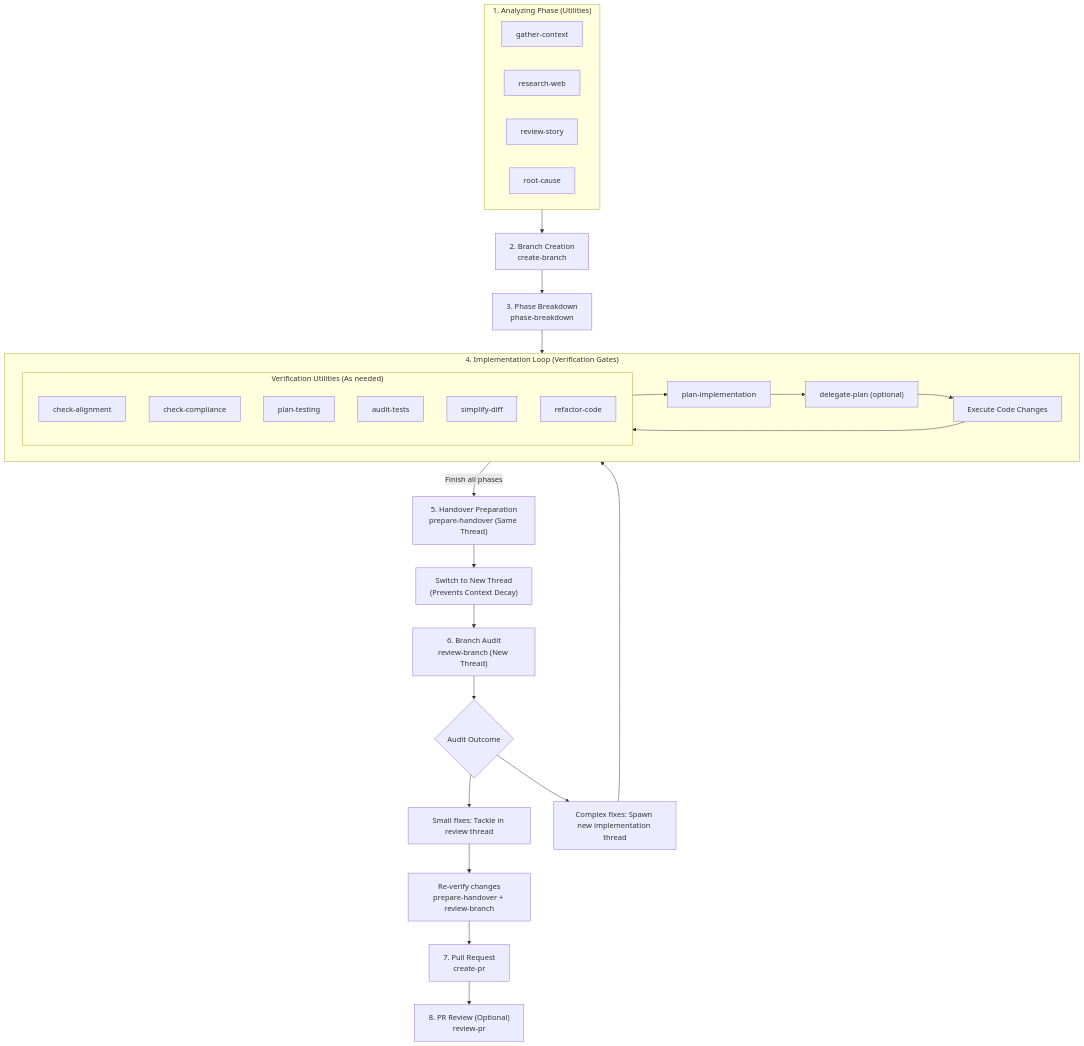
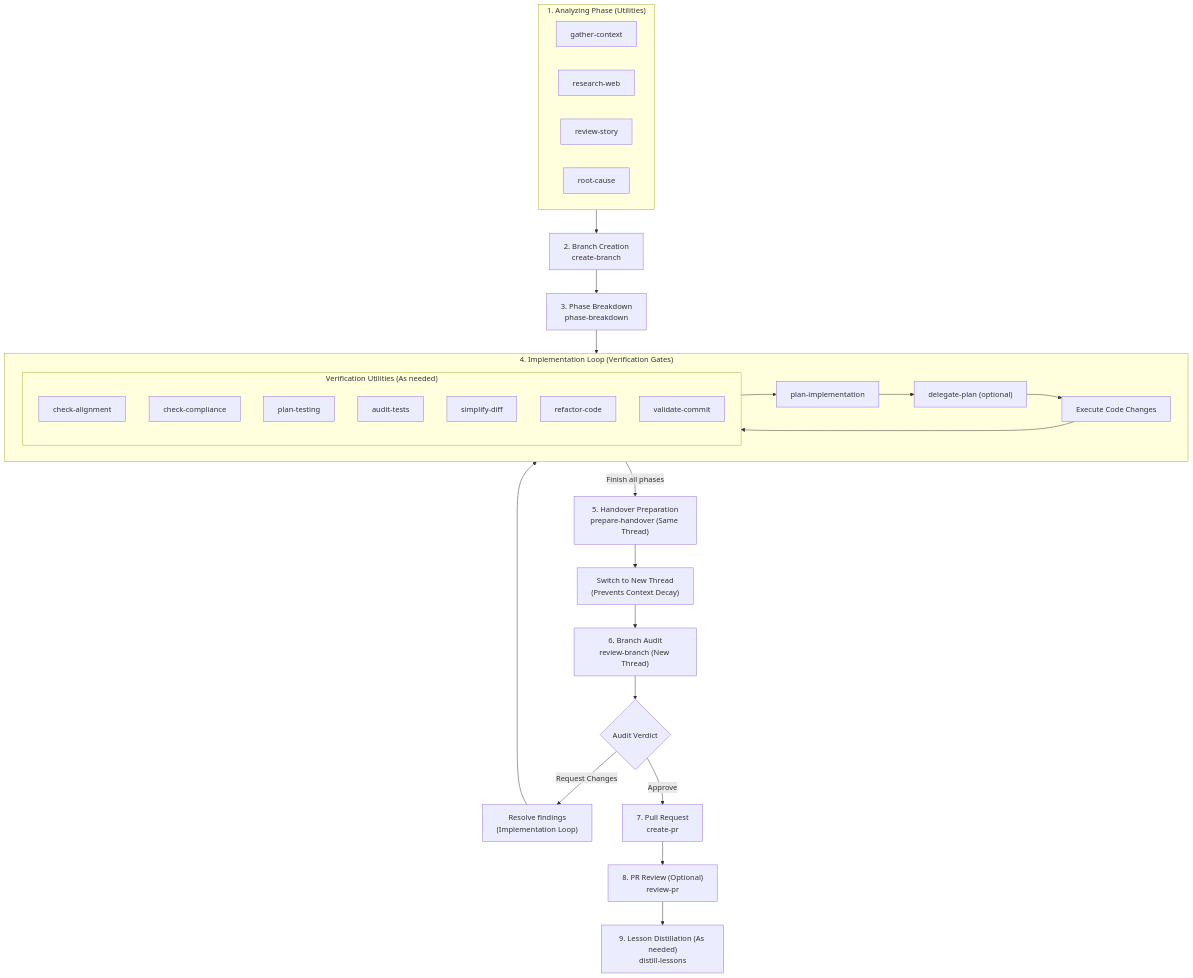
The diagram in LIFECYCLE.md (jrobertogarcia/agent-workflows), drawn with Mermaid before and after one commit. The commit also changed other lines of this file and 8 other files, not shown here.

````diff
--- a/LIFECYCLE.md
+++ b/LIFECYCLE.md
@@ -13,65 +13,64 @@
 ```mermaid
 graph TD
     %% Analyzing Phase
     subgraph Analyzing ["1. Analyzing Phase (Utilities)"]
         GC["gather-context"]
         RW["research-web"]
         RS["review-story"]
         RC["root-cause"]
     end
 
     %% Branch & Plan Phase
     CB["2. Branch Creation<br>create-branch"]
     PB["3. Phase Breakdown<br>phase-breakdown"]
     
     subgraph Loop ["4. Implementation Loop (Verification Gates)"]
         PI["plan-implementation"]
         DP["delegate-plan (optional)"]
         Code["Execute Code Changes"]
         
         %% Loop Utilities
         subgraph Utilities ["Verification Utilities (As needed)"]
             CA["check-alignment"]
             CC["check-compliance"]
             PT["plan-testing"]
             AT["audit-tests"]
             SD["simplify-diff"]
             RF["refactor-code"]
+            VC["validate-commit"]
         end
         
         PI --> DP
         DP --> Code
         Code --> Utilities
         Utilities --> PI
     end
 
     %% Handover & Review Phase
     PH["5. Handover Preparation<br>prepare-handover (Same Thread)"]
     Switch["Switch to New Thread<br>(Prevents Context Decay)"]
     RB["6. Branch Audit<br>review-branch (New Thread)"]
     
-    %% Branch Review Fixes Decisions
-    Decide{"Audit Outcome"}
-    FixSame["Small fixes: Tackle in review thread"]
-    FixNew["Complex fixes: Spawn new implementation thread"]
-    Reverify["Re-verify changes<br>prepare-handover + review-branch"]
+    %% Branch Review Outcome
+    Decide{"Audit Verdict"}
+    Fix["Resolve findings<br>(Implementation Loop)"]
     
     %% PR Release Phase
     CPR["7. Pull Request<br>create-pr"]
     RPR["8. PR Review (Optional)<br>review-pr"]
+    DL["9. Lesson Distillation (As needed)<br>distill-lessons"]
 
     %% Flow connections
     Analyzing --> CB
     CB --> PB
     PB --> Loop
     Loop -->|Finish all phases| PH
     PH --> Switch
     Switch --> RB
     RB --> Decide
-    Decide --> FixSame
-    Decide --> FixNew
-    FixSame --> Reverify
-    FixNew --> Loop
-    Reverify --> CPR
+    Decide -->|Request Changes| Fix
+    Decide -->|Approve| CPR
+    Fix --> Loop
     CPR --> RPR
+    RPR --> DL
 ```
````
